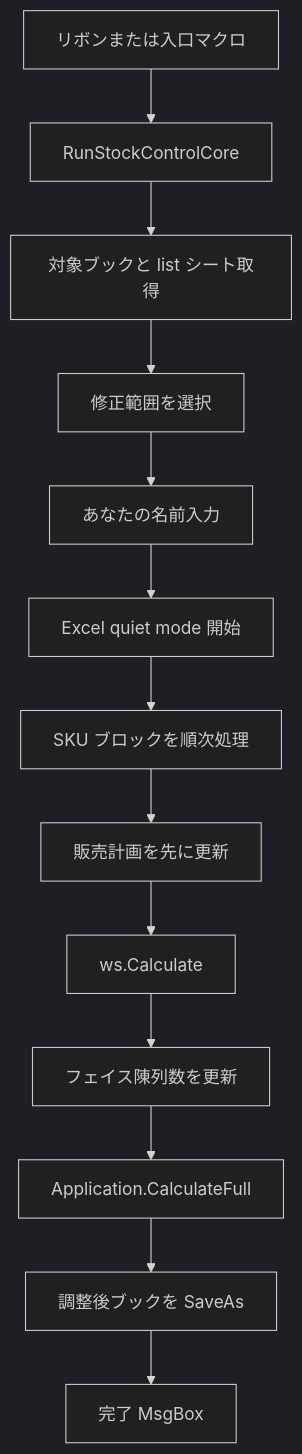
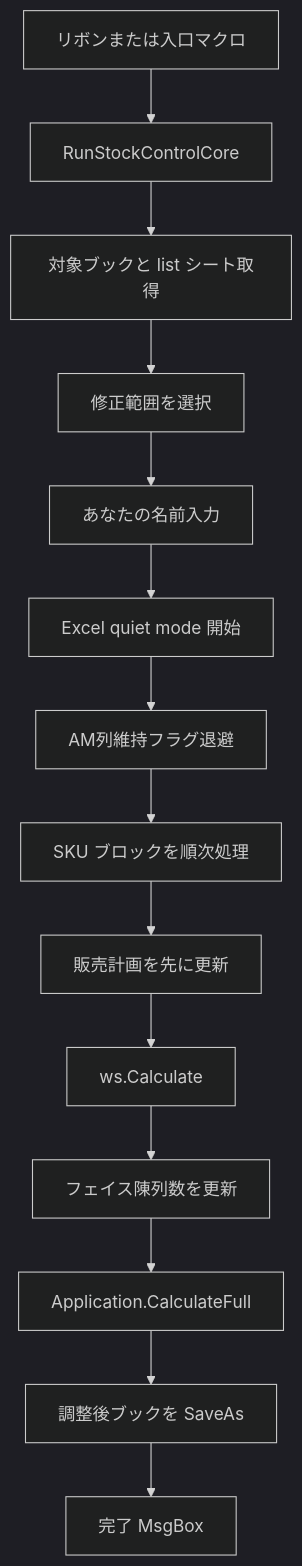
Before and after one commit to Noguchi-tech/store-operations-tools: the diagram in docs/設計書_在庫自動調整マクロ.md, drawn with Mermaid (dark theme). The commit also changed other lines of this file and 9 other files, not shown here.

````diff
--- a/docs/設計書_在庫自動調整マクロ.md
+++ b/docs/設計書_在庫自動調整マクロ.md
@@ -107,15 +109,16 @@
 ```mermaid
 flowchart TD
     A["リボンまたは入口マクロ"] --> B["RunStockControlCore"]
     B --> C["対象ブックと list シート取得"]
     C --> D["修正範囲を選択"]
     D --> E["あなたの名前入力"]
     E --> F["Excel quiet mode 開始"]
-    F --> G["SKU ブロックを順次処理"]
+    F --> F2["AM列維持フラグ退避"]
+    F2 --> G["SKU ブロックを順次処理"]
     G --> H["販売計画を先に更新"]
     H --> I["ws.Calculate"]
     I --> J["フェイス陳列数を更新"]
     J --> K["Application.CalculateFull"]
     K --> L["調整後ブックを SaveAs"]
     L --> M["完了 MsgBox"]
 ```
````
